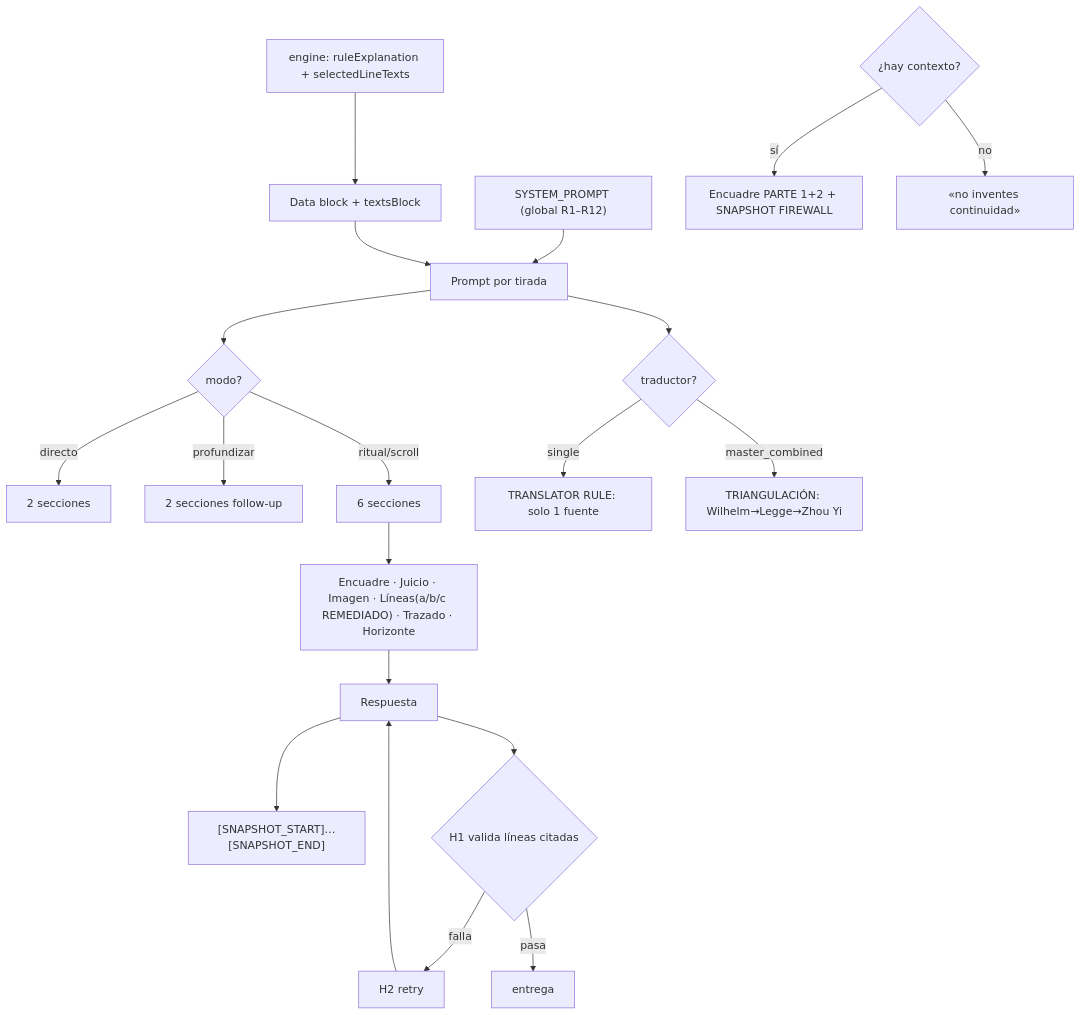
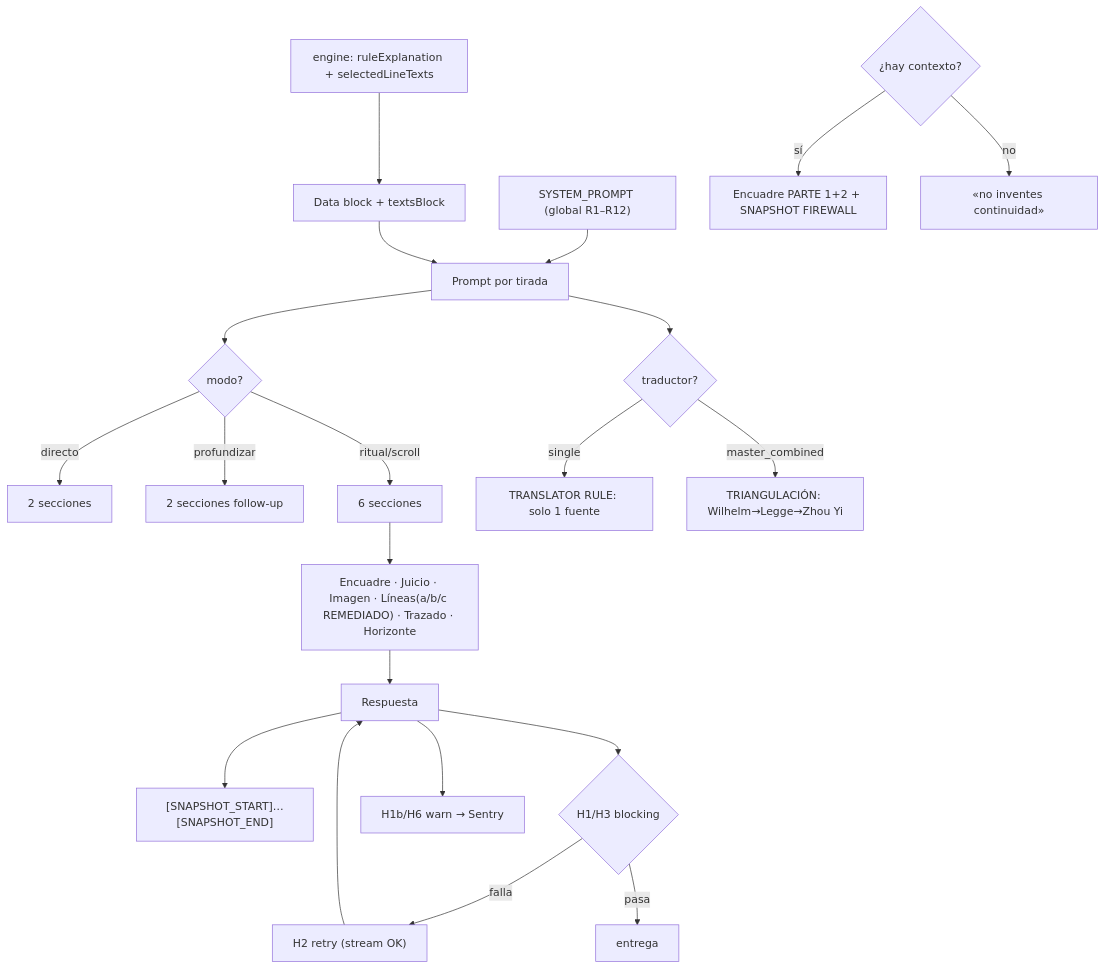
One commit to Alexcat84/The-Original-I-Ching-App changed the third of 3 diagrams in docs/auditorias/PROMPT_MUTATION_RULES_AUDIT_2026-06-15.md. Above: the diagram before and after it, drawn with Mermaid. The commit also changed other lines of this file and 12 other files, not shown here.

````diff
--- a/docs/auditorias/PROMPT_MUTATION_RULES_AUDIT_2026-06-15.md
+++ b/docs/auditorias/PROMPT_MUTATION_RULES_AUDIT_2026-06-15.md
@@ -259,21 +369,22 @@
 ```mermaid
 flowchart TD
   SYS["SYSTEM_PROMPT (global R1–R12)"] --> ASM["Prompt por tirada"]
   ENG["engine: ruleExplanation + selectedLineTexts"] --> DATA["Data block + textsBlock"]
   DATA --> ASM
   ASM --> MODE{"modo?"}
   MODE -->|directo| M2["2 secciones"]
   MODE -->|profundizar| M2b["2 secciones follow-up"]
   MODE -->|ritual/scroll| SCROLL["6 secciones"]
   ASM --> TR{"traductor?"}
   TR -->|single| TRU["TRANSLATOR RULE: solo 1 fuente"]
   TR -->|master_combined| TRI["TRIANGULACIÓN: Wilhelm→Legge→Zhou Yi"]
   SCROLL --> SEC["Encuadre · Juicio · Imagen · Líneas(a/b/c REMEDIADO) · Trazado · Horizonte"]
   CTX{"¿hay contexto?"} -->|sí| ENC["Encuadre PARTE 1+2 + SNAPSHOT FIREWALL"]
   CTX -->|no| ENC0["«no inventes continuidad»"]
   SEC --> OUT["Respuesta"]
   OUT --> SNAP["[SNAPSHOT_START]…[SNAPSHOT_END]"]
-  OUT --> H1{"H1 valida líneas citadas"}
-  H1 -->|falla| H2["H2 retry"] --> OUT
+  OUT --> H1{"H1/H3 blocking"}
+  H1 -->|falla| H2["H2 retry (stream OK)"] --> OUT
   H1 -->|pasa| DONE["entrega"]
+  OUT --> WARN["H1b/H6 warn → Sentry"]
 ```
````
